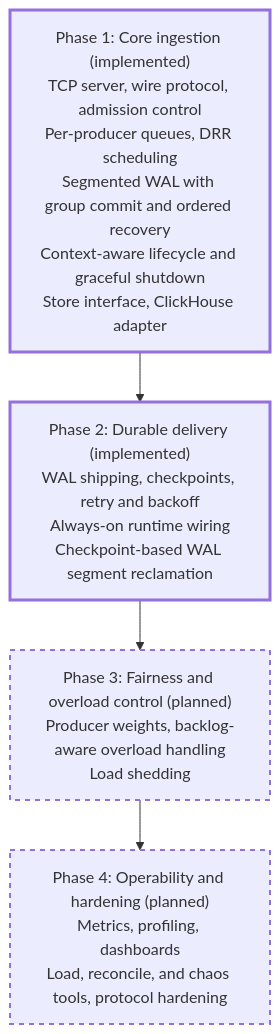
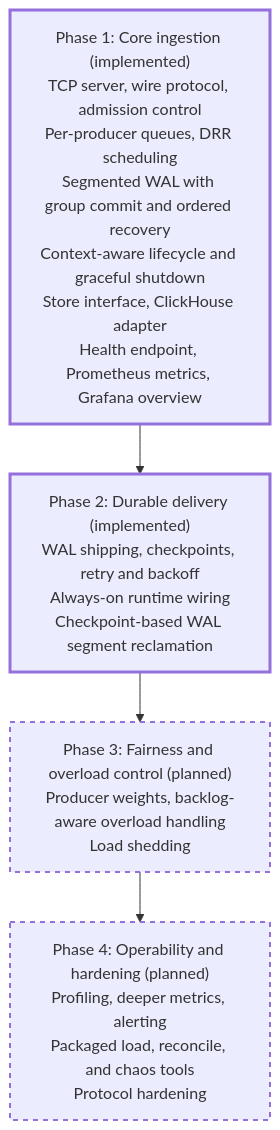
Diagram 15 of 15 in README.md (PratyushVishal11011/Fairgate), drawn with Mermaid before and after one commit. The commit also changed other lines of this file and 8 other files, not shown here.

````diff
--- a/README.md
+++ b/README.md
@@ -732,14 +752,14 @@
 ```mermaid
 flowchart TD
-    P1["Phase 1: Core ingestion (implemented)<br/>TCP server, wire protocol, admission control<br/>Per-producer queues, DRR scheduling<br/>Segmented WAL with group commit and ordered recovery<br/>Context-aware lifecycle and graceful shutdown<br/>Store interface, ClickHouse adapter"]
+    P1["Phase 1: Core ingestion (implemented)<br/>TCP server, wire protocol, admission control<br/>Per-producer queues, DRR scheduling<br/>Segmented WAL with group commit and ordered recovery<br/>Context-aware lifecycle and graceful shutdown<br/>Store interface, ClickHouse adapter<br/>Health endpoint, Prometheus metrics, Grafana overview"]
     P2["Phase 2: Durable delivery (implemented)<br/>WAL shipping, checkpoints, retry and backoff<br/>Always-on runtime wiring<br/>Checkpoint-based WAL segment reclamation"]
     P3["Phase 3: Fairness and overload control (planned)<br/>Producer weights, backlog-aware overload handling<br/>Load shedding"]
-    P4["Phase 4: Operability and hardening (planned)<br/>Metrics, profiling, dashboards<br/>Load, reconcile, and chaos tools, protocol hardening"]
+    P4["Phase 4: Operability and hardening (planned)<br/>Profiling, deeper metrics, alerting<br/>Packaged load, reconcile, and chaos tools<br/>Protocol hardening"]
 
     P1 --> P2 --> P3 --> P4
 
     classDef done stroke-width:3px;
     classDef planned stroke-dasharray: 5 5,stroke-width:2px;
     class P1,P2 done;
     class P3,P4 planned;
 ```
````
